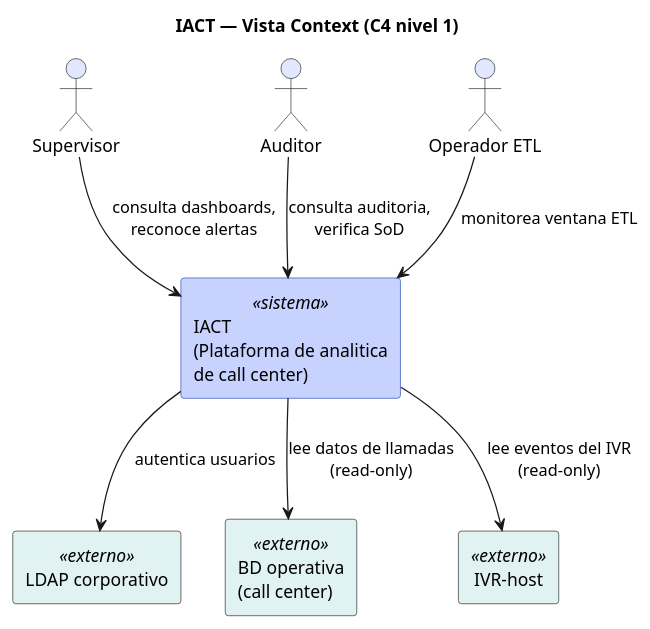
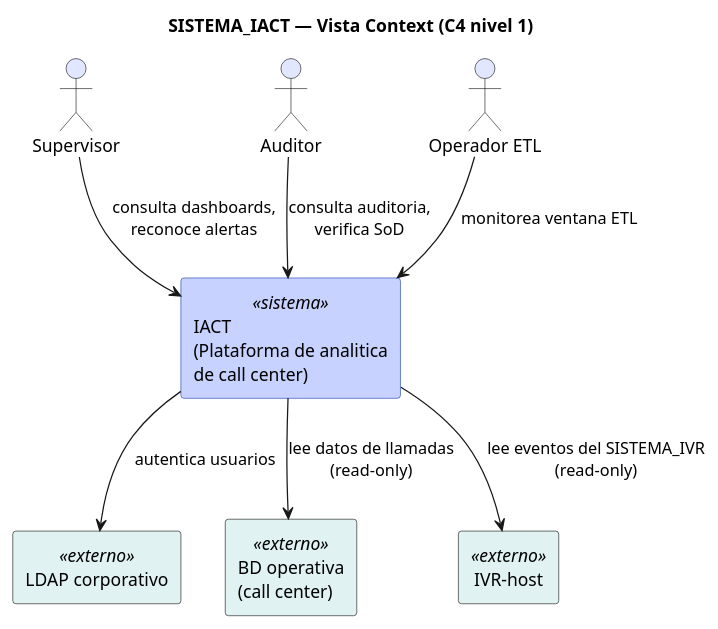
The diagram in source/requisitos/_metodologia-aplicacion/diagramas-componentes/vista-context-de-iact.rst (jcg-admin/IACT-docs), drawn with PlantUML before and after one commit. The commit also changed 99 other files, not shown here.

First line of the commit message:
Fix ABREV_CORTA aliases in PlantUML blocks (97 files)

```diff
--- a/source/requisitos/_metodologia-aplicacion/diagramas-componentes/vista-context-de-iact.rst
+++ b/source/requisitos/_metodologia-aplicacion/diagramas-componentes/vista-context-de-iact.rst
@@ -9,28 +9,28 @@
 .. uml::
 
    @startuml
-   title IACT — Vista Context (C4 nivel 1)
+   title SISTEMA_IACT — Vista Context (C4 nivel 1)
 
    skinparam actorBackgroundColor #E0E7FF
    skinparam rectangleBackgroundColor<<sistema>> #C7D2FE
    skinparam rectangleBorderColor<<sistema>> #1E40AF
    skinparam rectangleBackgroundColor<<externo>> #E0F2F1
 
    actor Supervisor as Supervisor
    actor Auditor as Aud
-   actor "Operador ETL" as OETL
+   actor "Operador ETL" as OPERADOR_ETL
 
-   rectangle "IACT\n(Plataforma de analitica\nde call center)" as IACT <<sistema>>
+   rectangle "IACT\n(Plataforma de analitica\nde call center)" as SISTEMA_IACT <<sistema>>
 
-   rectangle "LDAP corporativo" as LDAP <<externo>>
-   rectangle "BD operativa\n(call center)" as BDO <<externo>>
-   rectangle "IVR-host" as IVR <<externo>>
+   rectangle "LDAP corporativo" as LDAP_CORPORATIVO <<externo>>
+   rectangle "BD operativa\n(call center)" as BD_OPERATIVA <<externo>>
+   rectangle "IVR-host" as SISTEMA_IVR <<externo>>
 
-   Supervisor --> IACT : consulta dashboards,\nreconoce alertas
-   Aud --> IACT : consulta auditoria,\nverifica SoD
-   OETL --> IACT : monitorea ventana ETL
+   Supervisor --> SISTEMA_IACT : consulta dashboards,\nreconoce alertas
+   Aud --> SISTEMA_IACT : consulta auditoria,\nverifica SoD
+   OPERADOR_ETL --> SISTEMA_IACT : monitorea ventana ETL
 
-   IACT --> LDAP : autentica usuarios
-   IACT --> BDO : lee datos de llamadas\n(read-only)
-   IACT --> IVR : lee eventos del IVR\n(read-only)
+   SISTEMA_IACT --> LDAP_CORPORATIVO : autentica usuarios
+   SISTEMA_IACT --> BD_OPERATIVA : lee datos de llamadas\n(read-only)
+   SISTEMA_IACT --> SISTEMA_IVR : lee eventos del SISTEMA_IVR\n(read-only)
    @enduml
```
